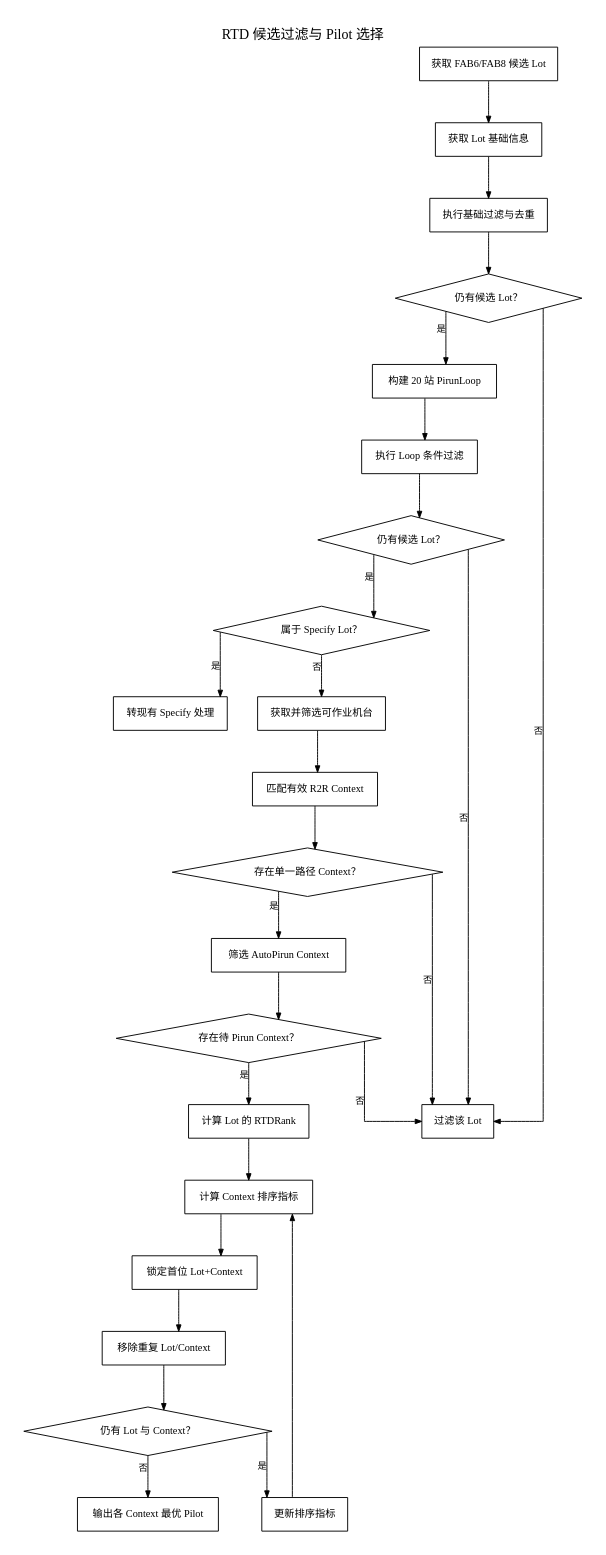
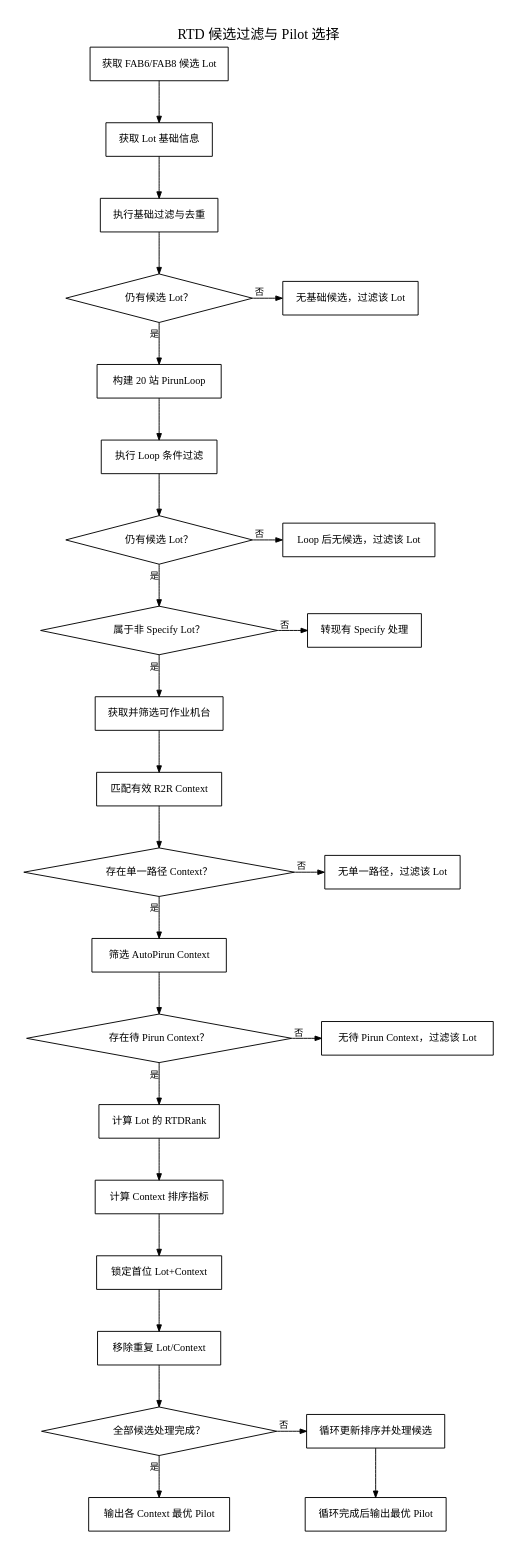
One commit to laanthony06-spec/AI changed the diagram in 00.raw-materials/90.processed/LithoAutoPiRun/流程图/Graphviz优化版/01_RTD_候选过滤与Pilot选择.dot. Above: the diagram before and after it, drawn with Graphviz. The commit also changed 42 other files, not shown here.

```diff
--- a/00.raw-materials/90.processed/LithoAutoPiRun/流程图/Graphviz优化版/01_RTD_候选过滤与Pilot选择.dot
+++ b/00.raw-materials/90.processed/LithoAutoPiRun/流程图/Graphviz优化版/01_RTD_候选过滤与Pilot选择.dot
@@ -1,73 +1,90 @@
 digraph RTDPilotSelection {
   graph [
     charset="UTF-8",
     rankdir=TB,
     splines=ortho,
     bgcolor="white",
     pad=0.25,
     nodesep=0.45,
     ranksep=0.62,
     fontname="Microsoft YaHei",
     fontsize=15,
     labelloc="t",
     label="RTD 候选过滤与 Pilot 选择"
   ];
   node [
     shape=box,
     style="solid",
     color="black",
     fontcolor="black",
     fontname="Microsoft YaHei",
     fontsize=11,
     margin="0.16,0.10"
   ];
   edge [
     color="black",
     fontcolor="black",
     fontname="Microsoft YaHei",
     fontsize=10,
     arrowsize=0.7
   ];
 
   start [label="获取 FAB6/FAB8 候选 Lot"];
   base [label="获取 Lot 基础信息"];
   base_filter [label="执行基础过滤与去重"];
   base_left [shape=diamond, label="仍有候选 Lot？"];
   loop [label="构建 20 站 PirunLoop"];
   loop_filter [label="执行 Loop 条件过滤"];
   loop_left [shape=diamond, label="仍有候选 Lot？"];
-  specify [shape=diamond, label="属于 Specify Lot？"];
+  specify [shape=diamond, label="属于非 Specify Lot？"];
   specify_flow [label="转现有 Specify 处理"];
   tools [label="获取并筛选可作业机台"];
   context [label="匹配有效 R2R Context"];
   context_ok [shape=diamond, label="存在单一路径 Context？"];
   auto_context [label="筛选 AutoPirun Context"];
   auto_ok [shape=diamond, label="存在待 Pirun Context？"];
   rtd_rank [label="计算 Lot 的 RTDRank"];
   context_rank [label="计算 Context 排序指标"];
   select [label="锁定首位 Lot+Context"];
   remove [label="移除重复 Lot/Context"];
-  remain [shape=diamond, label="仍有 Lot 与 Context？"];
-  update [label="更新排序指标"];
+  remain [shape=diamond, label="全部候选处理完成？"];
+  update [label="循环更新排序并处理候选"];
   output [label="输出各 Context 最优 Pilot"];
-  reject [label="过滤该 Lot"];
+  output_loop [label="循环完成后输出最优 Pilot"];
+  reject_base [label="无基础候选，过滤该 Lot"];
+  reject_loop [label="Loop 后无候选，过滤该 Lot"];
+  reject_context [label="无单一路径，过滤该 Lot"];
+  reject_auto [label="无待 Pirun Context，过滤该 Lot"];
 
-  start -> base -> base_filter -> base_left;
-  base_left -> reject [xlabel="否"];
-  base_left -> loop [xlabel="是"];
-  loop -> loop_filter -> loop_left;
-  loop_left -> reject [xlabel="否"];
-  loop_left -> specify [xlabel="是"];
-  specify -> specify_flow [xlabel="是"];
-  specify -> tools [xlabel="否"];
-  tools -> context -> context_ok;
-  context_ok -> reject [xlabel="否"];
-  context_ok -> auto_context [xlabel="是"];
-  auto_context -> auto_ok;
-  auto_ok -> reject [xlabel="否"];
-  auto_ok -> rtd_rank [xlabel="是"];
-  rtd_rank -> context_rank -> select -> remove -> remain;
-  remain -> output [xlabel="否"];
-  remain -> update [xlabel="是"];
-  update -> context_rank;
+  start:s -> base:n;
+  base:s -> base_filter:n;
+  base_filter:s -> base_left:n;
+  { rank=same; base_left; reject_base; }
+  base_left:e -> reject_base:w [xlabel="否", constraint=false];
+  base_left:s -> loop:n [xlabel="是"];
+  loop:s -> loop_filter:n;
+  loop_filter:s -> loop_left:n;
+  { rank=same; loop_left; reject_loop; }
+  loop_left:e -> reject_loop:w [xlabel="否", constraint=false];
+  loop_left:s -> specify:n [xlabel="是"];
+  { rank=same; specify; specify_flow; }
+  specify:e -> specify_flow:w [xlabel="否", constraint=false];
+  specify:s -> tools:n [xlabel="是"];
+  tools:s -> context:n;
+  context:s -> context_ok:n;
+  { rank=same; context_ok; reject_context; }
+  context_ok:e -> reject_context:w [xlabel="否", constraint=false];
+  context_ok:s -> auto_context:n [xlabel="是"];
+  auto_context:s -> auto_ok:n;
+  { rank=same; auto_ok; reject_auto; }
+  auto_ok:e -> reject_auto:w [xlabel="否", constraint=false];
+  auto_ok:s -> rtd_rank:n [xlabel="是"];
+  rtd_rank:s -> context_rank:n;
+  context_rank:s -> select:n;
+  select:s -> remove:n;
+  remove:s -> remain:n;
+  remain:s -> output:n [xlabel="是"];
+  { rank=same; remain; update; }
+  remain:e -> update:w [xlabel="否", constraint=false];
+  update:s -> output_loop:n;
 }
```
